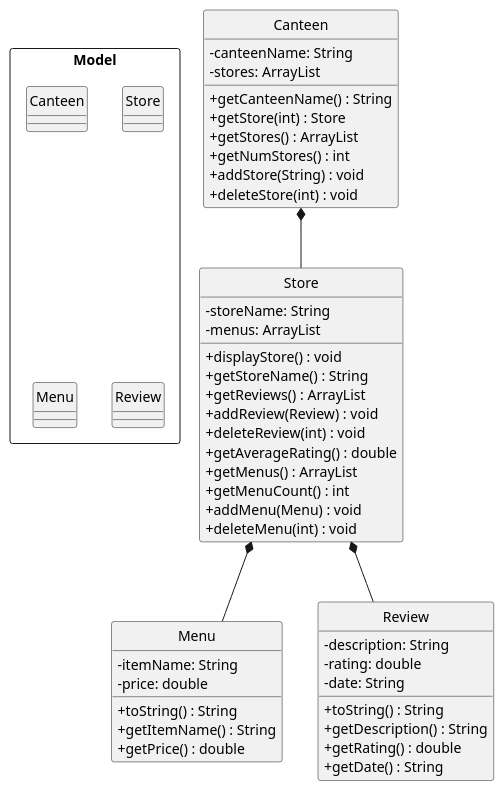
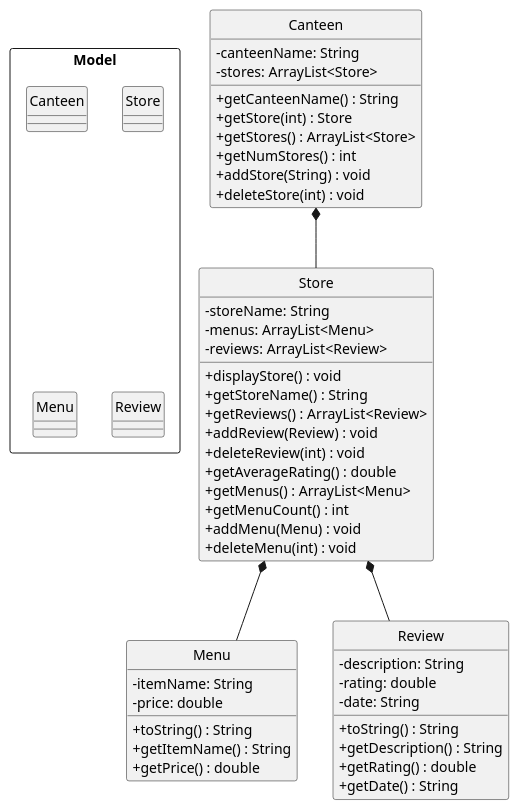
The diagram in docs/PlantUML/ModelClassDiagram.puml (nus-cs2113-AY2021S2/tp), drawn with PlantUML before and after one commit. The commit also changed 10 other files, not shown here.

```diff
--- a/docs/PlantUML/ModelClassDiagram.puml
+++ b/docs/PlantUML/ModelClassDiagram.puml
@@ -1,64 +1,65 @@
 @startuml
 
 hide circle
 skinparam classAttributeIconSize 0
 
 package Model <<Rectangle>> {
   class Canteen
   class Store
   class Menu
   class Review
 }
 
 class "Canteen" {
   - canteenName: String
-  - stores: ArrayList
+  - stores: ArrayList<Store>
 
   + getCanteenName() : String
   + getStore(int) : Store
-  + getStores() : ArrayList
+  + getStores() : ArrayList<Store>
   + getNumStores() : int
   + addStore(String) : void
   + deleteStore(int) : void
 }
 
 class "Store" {
   - storeName: String
-  - menus: ArrayList
+  - menus: ArrayList<Menu>
+  - reviews: ArrayList<Review>
 
   + displayStore() : void
   + getStoreName() : String
-  + getReviews() : ArrayList
+  + getReviews() : ArrayList<Review>
   + addReview(Review) : void
   + deleteReview(int) : void
   + getAverageRating() : double
-  + getMenus() : ArrayList
+  + getMenus() : ArrayList<Menu>
   + getMenuCount() : int
   + addMenu(Menu) : void
   + deleteMenu(int) : void
 }
 
 class "Menu" {
   - itemName: String
   - price: double
 
   + toString() : String
   + getItemName() : String
   + getPrice() : double
 }
 
 class "Review" {
   - description: String
   - rating: double
   - date: String
   + toString() : String
   + getDescription() : String
   + getRating() : double
   + getDate() : String
 }
 
 Canteen *-- Store
 Store *-- Menu
 Store *-- Review
 
 @enduml
```
